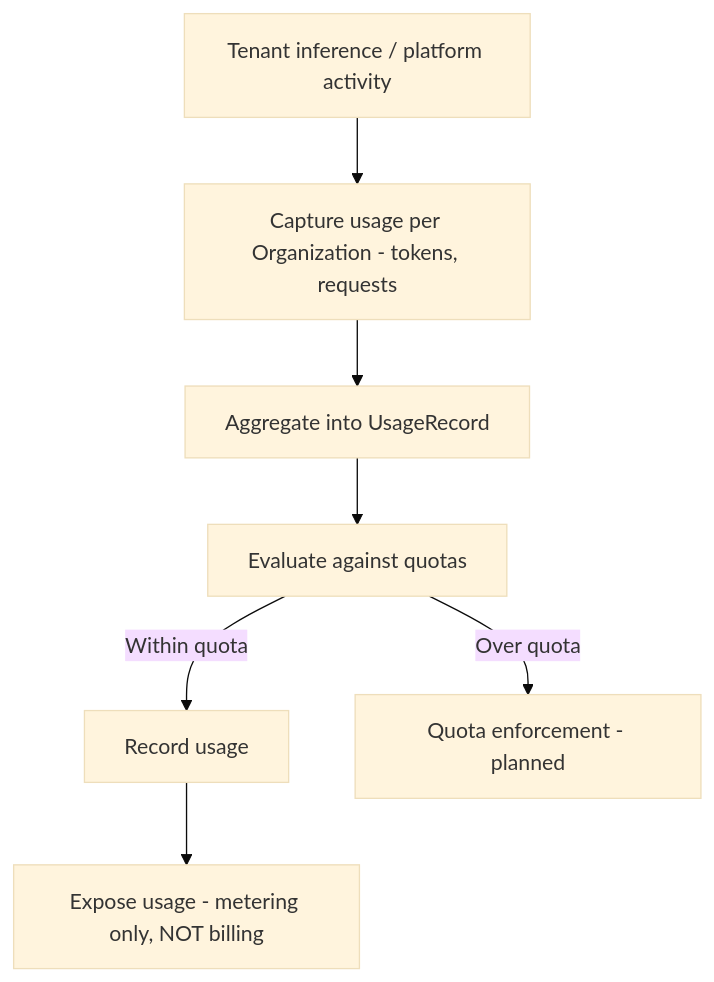
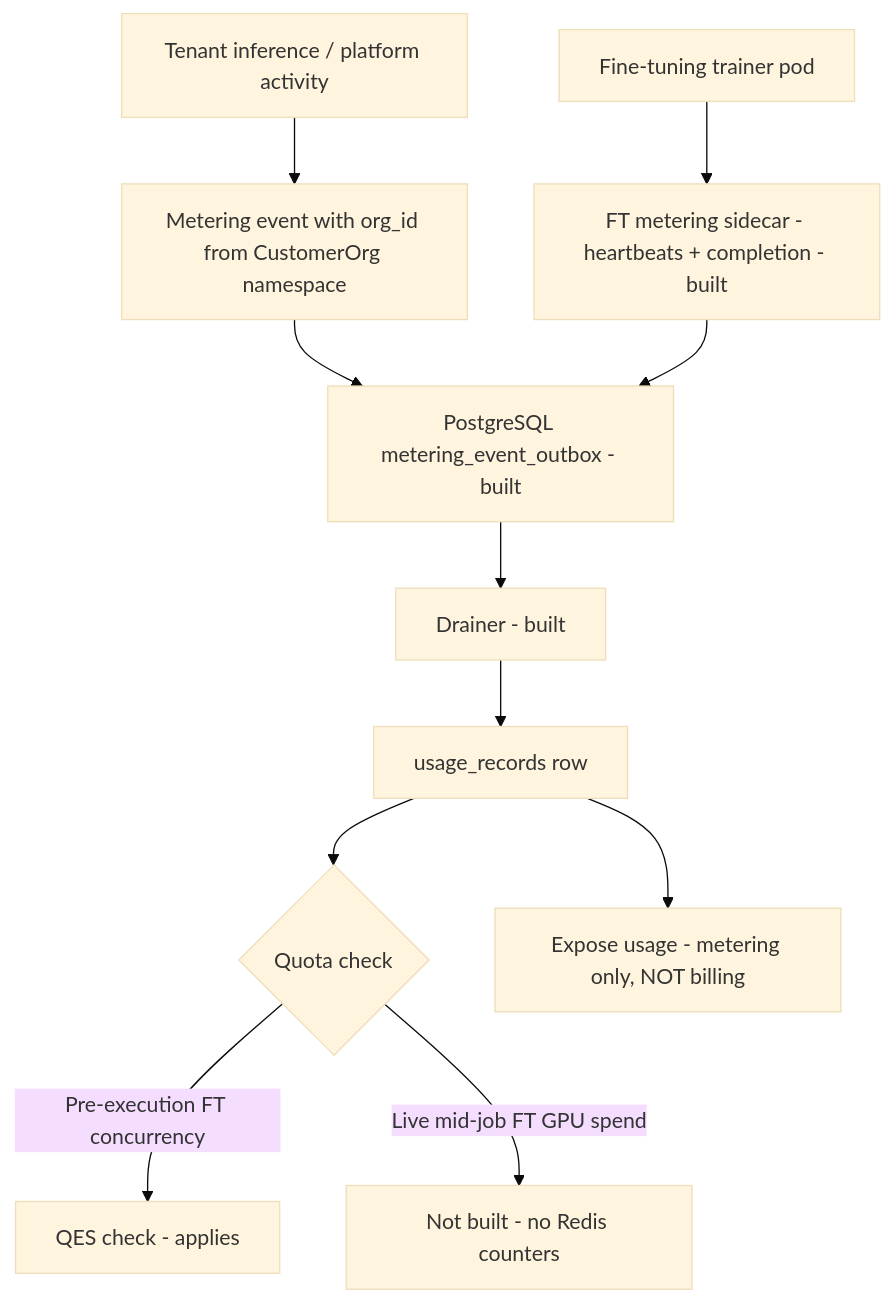
One commit to eak-mentraAI/rxt_rackai_wiki changed the diagram in 02-operations/workflows/Metering.md. Above: the diagram before and after it, drawn with Mermaid (base theme). The commit also changed other lines of this file and 46 other files, not shown here.

First line of the commit message:
Add tech-spec standard, PRD v2, roadmap PRD links, and approved PRD A

````diff
--- a/02-operations/workflows/Metering.md
+++ b/02-operations/workflows/Metering.md
@@ -30,9 +30,13 @@
 ```mermaid
 flowchart TD
-    A[Tenant inference / platform activity] --> B[Capture usage per Organization - tokens, requests]
-    B --> C[Aggregate into UsageRecord]
-    C --> D[Evaluate against quotas]
-    D -->|Within quota| E[Record usage]
-    D -->|Over quota| F[Quota enforcement - planned]
-    E --> G[Expose usage - metering only, NOT billing]
+    A[Tenant inference / platform activity] --> B[Metering event with org_id from CustomerOrg namespace]
+    A2[Fine-tuning trainer pod] --> S[FT metering sidecar - heartbeats + completion - built]
+    B --> O[PostgreSQL metering_event_outbox - built]
+    S --> O
+    O --> D[Drainer - built]
+    D --> C[usage_records row]
+    C --> Q{Quota check}
+    Q -->|Pre-execution FT concurrency| E[QES check - applies]
+    Q -->|Live mid-job FT GPU spend| F[Not built - no Redis counters]
+    C --> G[Expose usage - metering only, NOT billing]
 ```
````
